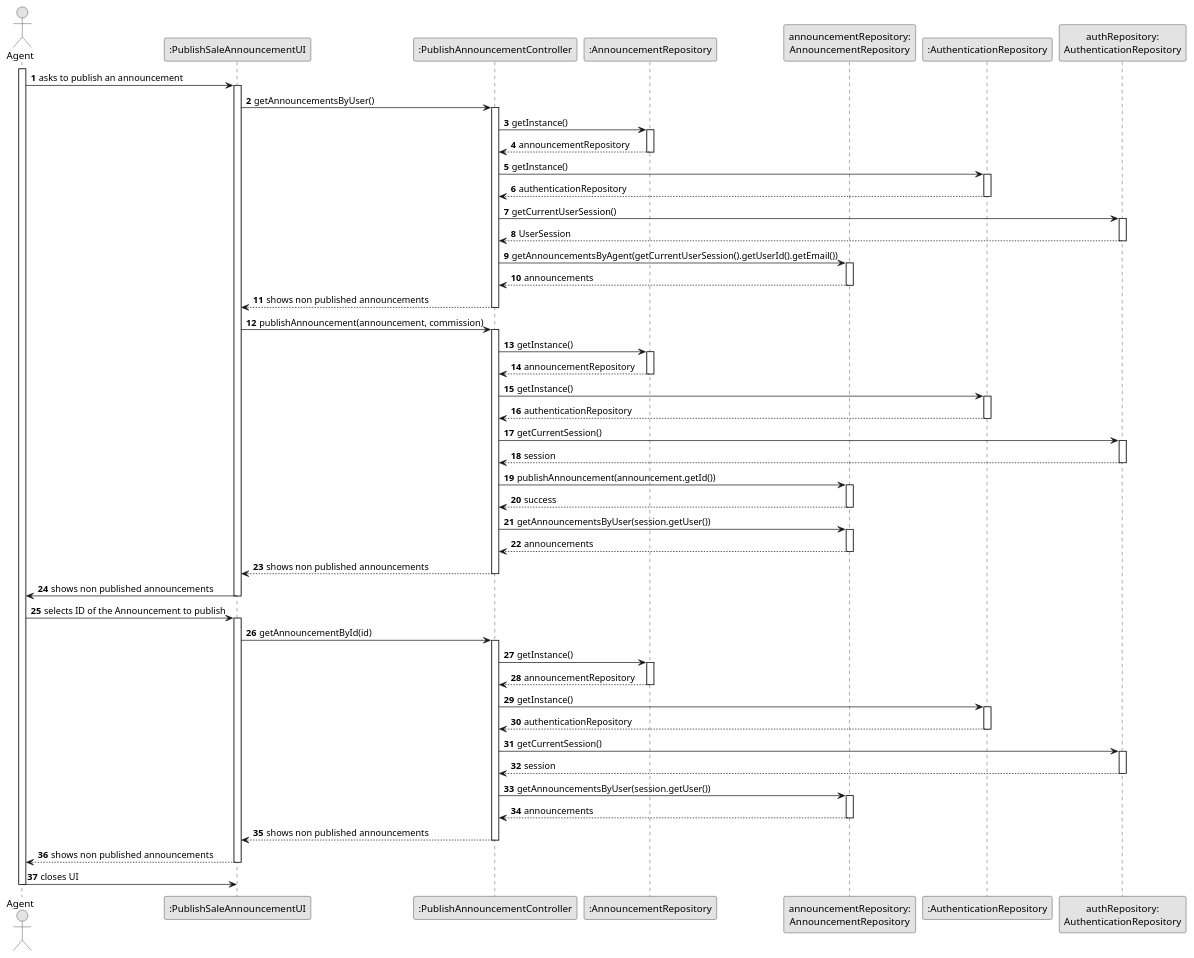
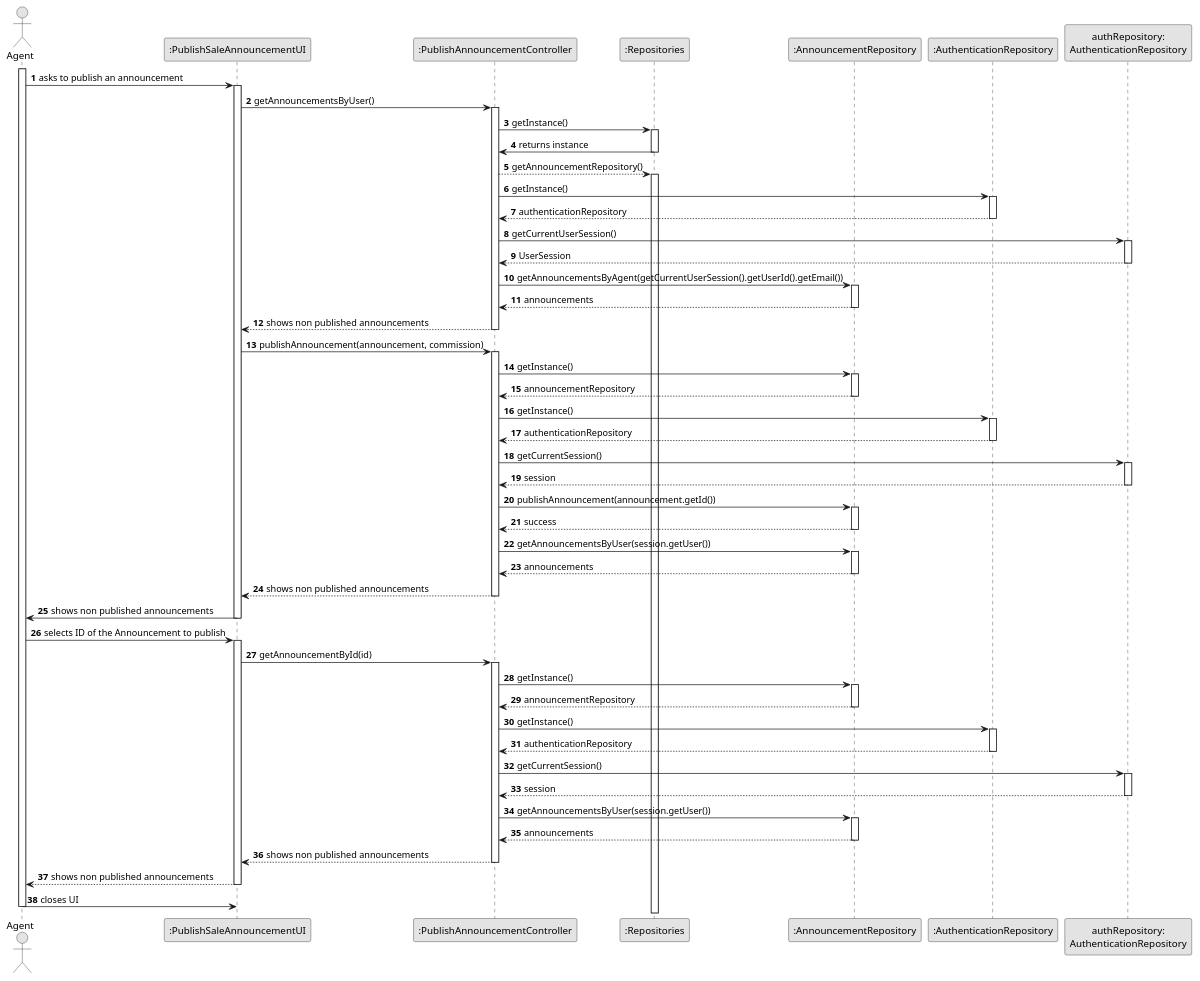
Before and after one commit to Goncalves2525/real-estate-management-system: the diagram in docs/sprintC/us002/03.design/puml/us002-sequence-diagram-full.puml, drawn with PlantUML. The commit also changed 26 other files, not shown here.

```diff
--- a/docs/sprintC/us002/03.design/puml/us002-sequence-diagram-full.puml
+++ b/docs/sprintC/us002/03.design/puml/us002-sequence-diagram-full.puml
@@ -1,133 +1,137 @@
 @startuml
 skinparam monochrome true
 skinparam packageStyle rectangle
 skinparam shadowing false
 
 autonumber
 
 'hide footbox
 actor "Agent" as AGENT
 participant ":PublishSaleAnnouncementUI" as UI
 participant ":PublishAnnouncementController" as CTRL
-participant ":AnnouncementRepository" as RepositorySingleton
+participant ":Repositories" as REPO
+participant ":AnnouncementRepository" as AnnouncementRepository
 participant "announcementRepository:\nAnnouncementRepository" as AnnouncementRepository
 participant ":AuthenticationRepository" as AuthSingleton
 participant "authRepository:\nAuthenticationRepository" as AuthenticationRepository
 'participant "Commission" as COMMISSION
 'participant "Announcement" as ANN
 
 activate AGENT
 
 AGENT -> UI : asks to publish an announcement
 
 activate UI
 
 UI -> CTRL : getAnnouncementsByUser()
 activate CTRL
 
-    CTRL -> RepositorySingleton : getInstance()
-    activate RepositorySingleton
+    CTRL -> REPO: getInstance()
+    activate REPO
 
-        RepositorySingleton --> CTRL: announcementRepository
-    deactivate RepositorySingleton
+    REPO -> CTRL : returns instance
+    deactivate REPO
+
+    CTRL --> REPO: getAnnouncementRepository()
+    activate REPO
 
     CTRL -> AuthSingleton : getInstance()
     activate AuthSingleton
 
         AuthSingleton --> CTRL: authenticationRepository
     deactivate AuthSingleton
 
     CTRL -> AuthenticationRepository : getCurrentUserSession()
     activate AuthenticationRepository
 
         AuthenticationRepository --> CTRL: UserSession
     deactivate AuthenticationRepository
 
     CTRL -> AnnouncementRepository : getAnnouncementsByAgent(getCurrentUserSession().getUserId().getEmail())
     activate AnnouncementRepository
 
         AnnouncementRepository --> CTRL: announcements
     deactivate AnnouncementRepository
 
     CTRL --> UI : shows non published announcements
 deactivate CTRL
 
 UI -> CTRL : publishAnnouncement(announcement, commission)
 activate CTRL
 
-    CTRL -> RepositorySingleton : getInstance()
-    activate RepositorySingleton
+    CTRL -> AnnouncementRepository : getInstance()
+    activate AnnouncementRepository
 
-        RepositorySingleton --> CTRL: announcementRepository
-    deactivate RepositorySingleton
+        AnnouncementRepository --> CTRL: announcementRepository
+    deactivate AnnouncementRepository
 
     CTRL -> AuthSingleton : getInstance()
     activate AuthSingleton
 
         AuthSingleton --> CTRL: authenticationRepository
     deactivate AuthSingleton
 
     CTRL -> AuthenticationRepository : getCurrentSession()
     activate AuthenticationRepository
 
         AuthenticationRepository --> CTRL: session
     deactivate AuthenticationRepository
 
     CTRL -> AnnouncementRepository : publishAnnouncement(announcement.getId())
     activate AnnouncementRepository
 
         AnnouncementRepository --> CTRL: success
     deactivate AnnouncementRepository
 
     CTRL -> AnnouncementRepository : getAnnouncementsByUser(session.getUser())
     activate AnnouncementRepository
 
         AnnouncementRepository --> CTRL: announcements
     deactivate AnnouncementRepository
 
     CTRL --> UI : shows non published announcements
 deactivate CTRL
 
 UI -> AGENT : shows non published announcements
 deactivate UI
 
 AGENT -> UI : selects ID of the Announcement to publish
 activate UI
 
 UI -> CTRL : getAnnouncementById(id)
 activate CTRL
 
-    CTRL -> RepositorySingleton : getInstance()
-    activate RepositorySingleton
+    CTRL -> AnnouncementRepository : getInstance()
+    activate AnnouncementRepository
 
-        RepositorySingleton --> CTRL: announcementRepository
-    deactivate RepositorySingleton
+        AnnouncementRepository --> CTRL: announcementRepository
+    deactivate AnnouncementRepository
 
     CTRL -> AuthSingleton : getInstance()
     activate AuthSingleton
 
         AuthSingleton --> CTRL: authenticationRepository
     deactivate AuthSingleton
 
     CTRL -> AuthenticationRepository : getCurrentSession()
     activate AuthenticationRepository
 
         AuthenticationRepository --> CTRL: session
     deactivate AuthenticationRepository
 
     CTRL -> AnnouncementRepository : getAnnouncementsByUser(session.getUser())
     activate AnnouncementRepository
 
         AnnouncementRepository --> CTRL: announcements
     deactivate AnnouncementRepository
 
     CTRL --> UI : shows non published announcements
 deactivate CTRL
 
 UI --> AGENT : shows non published announcements
 deactivate UI
 
 AGENT -> UI : closes UI
 deactivate AGENT
 deactivate UI
 @enduml
```
